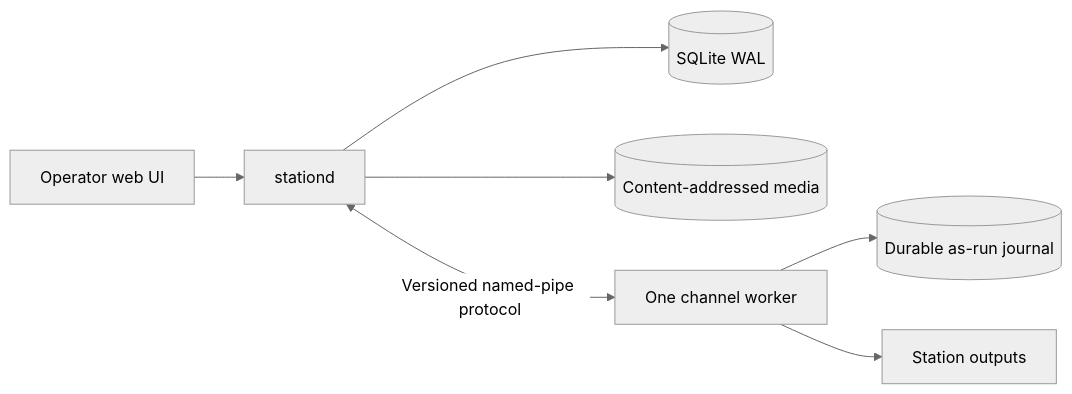
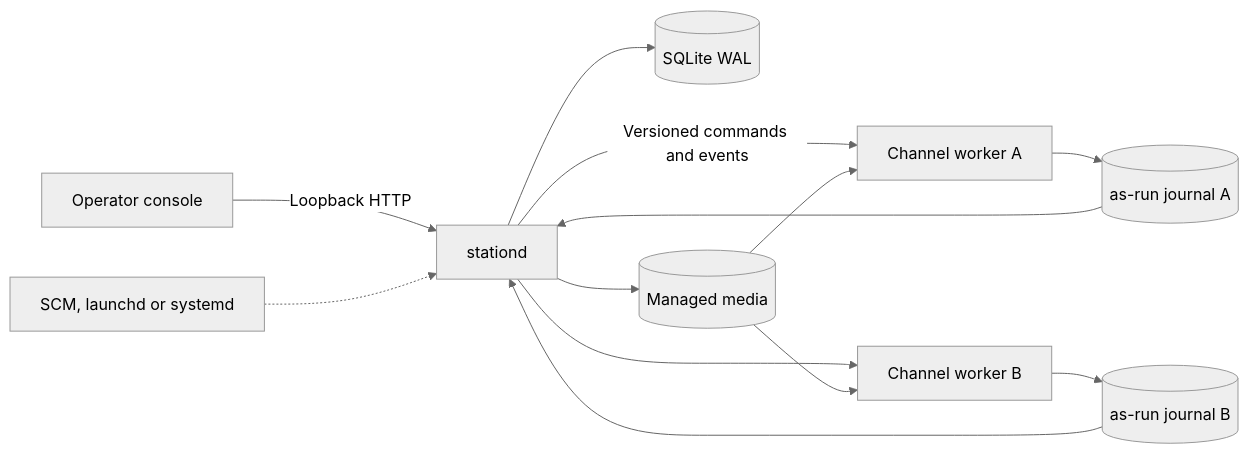
One commit to scottconverse/civiccast-lite changed the first of 3 diagrams in docs/architecture/overview.md. Above: the diagram before and after it, drawn with Mermaid (neutral theme). The commit also changed other lines of this file and 3 other files, not shown here.

````diff
--- a/docs/architecture/overview.md
+++ b/docs/architecture/overview.md
@@ -24,9 +11,15 @@
 ```mermaid
 flowchart LR
-  UI[Operator web UI] --> API[stationd]
-  API --> DB[(SQLite WAL)]
-  API --> Store[(Content-addressed media)]
-  API <-->|Versioned named-pipe protocol| Worker[One channel worker]
-  Worker --> Journal[(Durable as-run journal)]
-  Worker --> Outputs[Station outputs]
+  OP["Operator console"] -->|Loopback HTTP| ST["stationd"]
+  ST --> DB[("SQLite WAL")]
+  ST --> STORE[("Managed media")]
+  ST -->|Versioned commands and events| W1["Channel worker A"]
+  ST --> W2["Channel worker B"]
+  W1 --> J1[(as-run journal A)]
+  W2 --> J2[(as-run journal B)]
+  J1 --> ST
+  J2 --> ST
+  STORE --> W1
+  STORE --> W2
+  SUP["SCM, launchd or systemd"] -.-> ST
 ```
````
